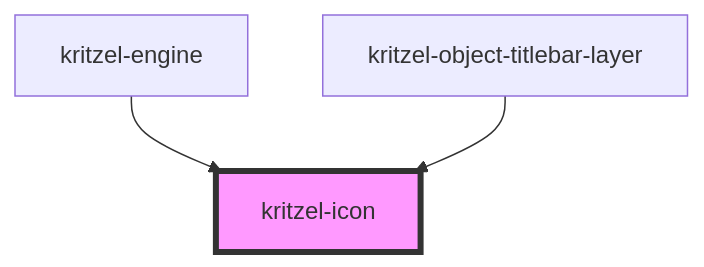
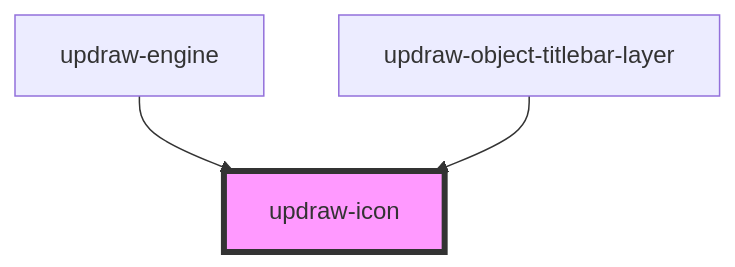
The diagram in libs/engine/core/src/components/updraw-icon/readme.md (kasual1/kritzel), drawn with Mermaid before and after one commit. The commit also changed other lines of this file and 1129 other files, not shown here.

First line of the commit message:
Replace kritzel with updraw across the codebase

````diff
--- a/libs/engine/core/src/components/updraw-icon/readme.md
+++ b/libs/engine/core/src/components/updraw-icon/readme.md
@@ -25,6 +25,6 @@
 ```mermaid
 graph TD;
-  kritzel-engine --> kritzel-icon
-  kritzel-object-titlebar-layer --> kritzel-icon
-  style kritzel-icon fill:#f9f,stroke:#333,stroke-width:4px
+  updraw-engine --> updraw-icon
+  updraw-object-titlebar-layer --> updraw-icon
+  style updraw-icon fill:#f9f,stroke:#333,stroke-width:4px
 ```
````
